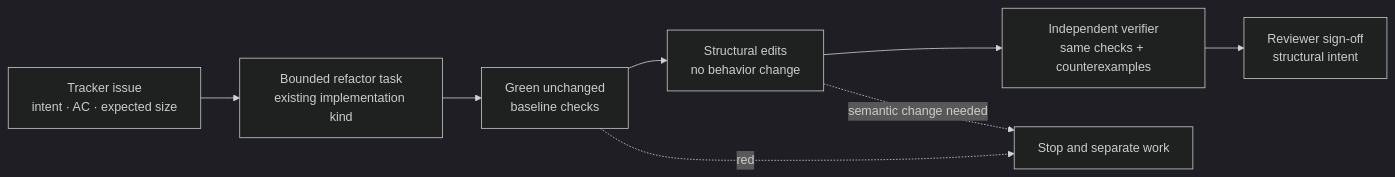
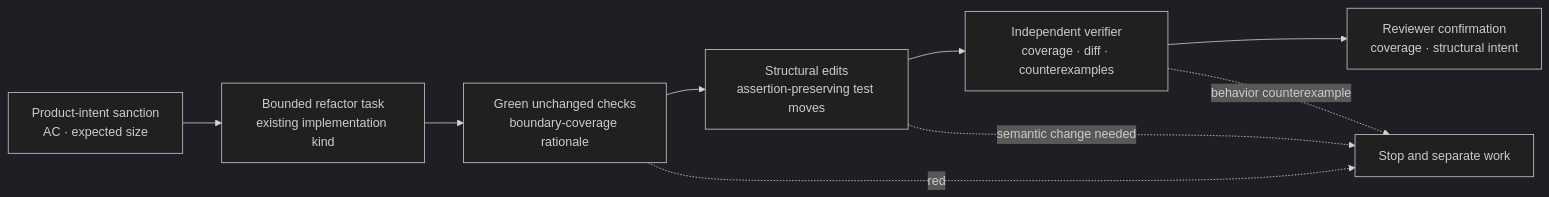
One commit to Volpestyle/clankie changed the diagram in docs/adr/0037-sanctioned-structural-refactor-task-class.md. Above: the diagram before and after it, drawn with Mermaid (dark theme). The commit also changed other lines of this file and 3 other files, not shown here.

````diff
--- a/docs/adr/0037-sanctioned-structural-refactor-task-class.md
+++ b/docs/adr/0037-sanctioned-structural-refactor-task-class.md
@@ -47,10 +61,11 @@
 ```mermaid
 flowchart LR
-  T[Tracker issue<br/>intent · AC · expected size] --> P[Bounded refactor task<br/>existing implementation kind]
-  P --> B[Green unchanged<br/>baseline checks]
-  B --> R[Structural edits<br/>no behavior change]
-  R --> V[Independent verifier<br/>same checks + counterexamples]
-  V --> S[Reviewer sign-off<br/>structural intent]
+  T[Product-intent sanction<br/>AC · expected size] --> P[Bounded refactor task<br/>existing implementation kind]
+  P --> B[Green unchanged checks<br/>boundary-coverage rationale]
+  B --> R[Structural edits<br/>assertion-preserving test moves]
+  R --> V[Independent verifier<br/>coverage · diff · counterexamples]
+  V --> S[Reviewer confirmation<br/>coverage · structural intent]
   B -. red .-> X[Stop and separate work]
   R -. semantic change needed .-> X
+  V -. behavior counterexample .-> X
 ```
````
